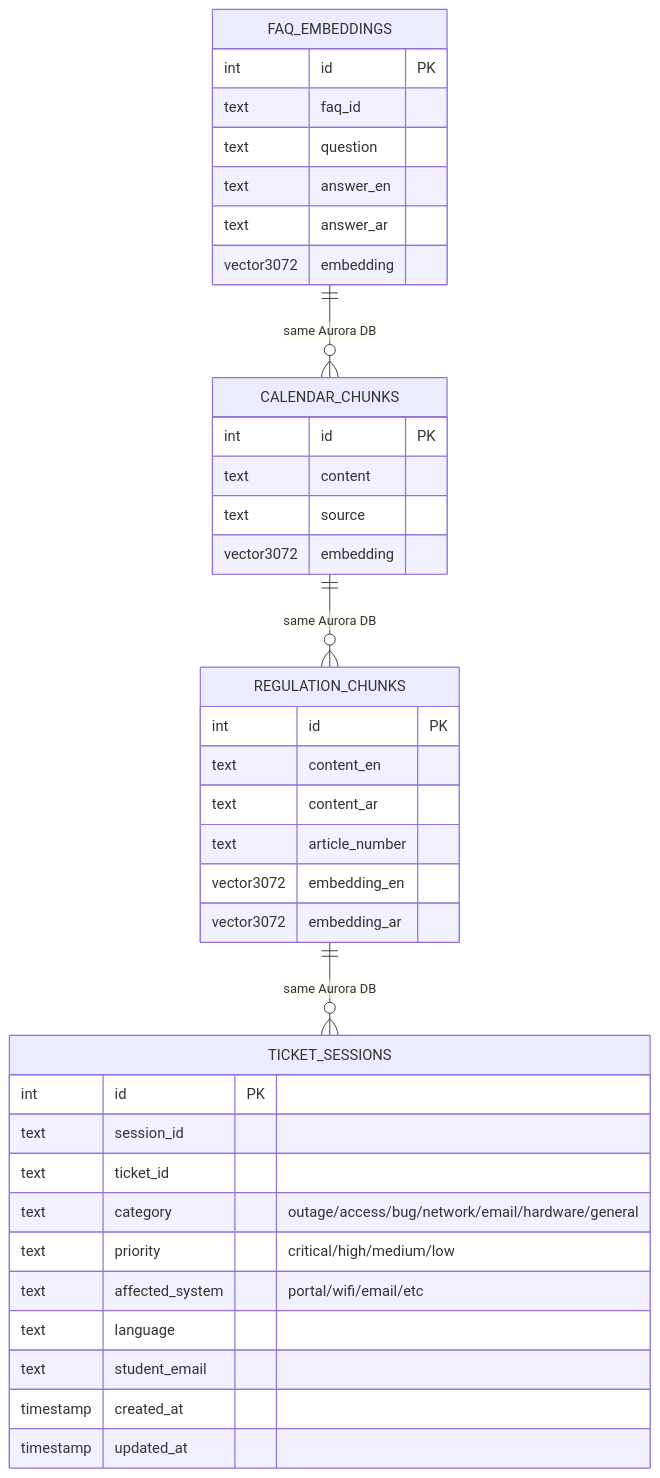
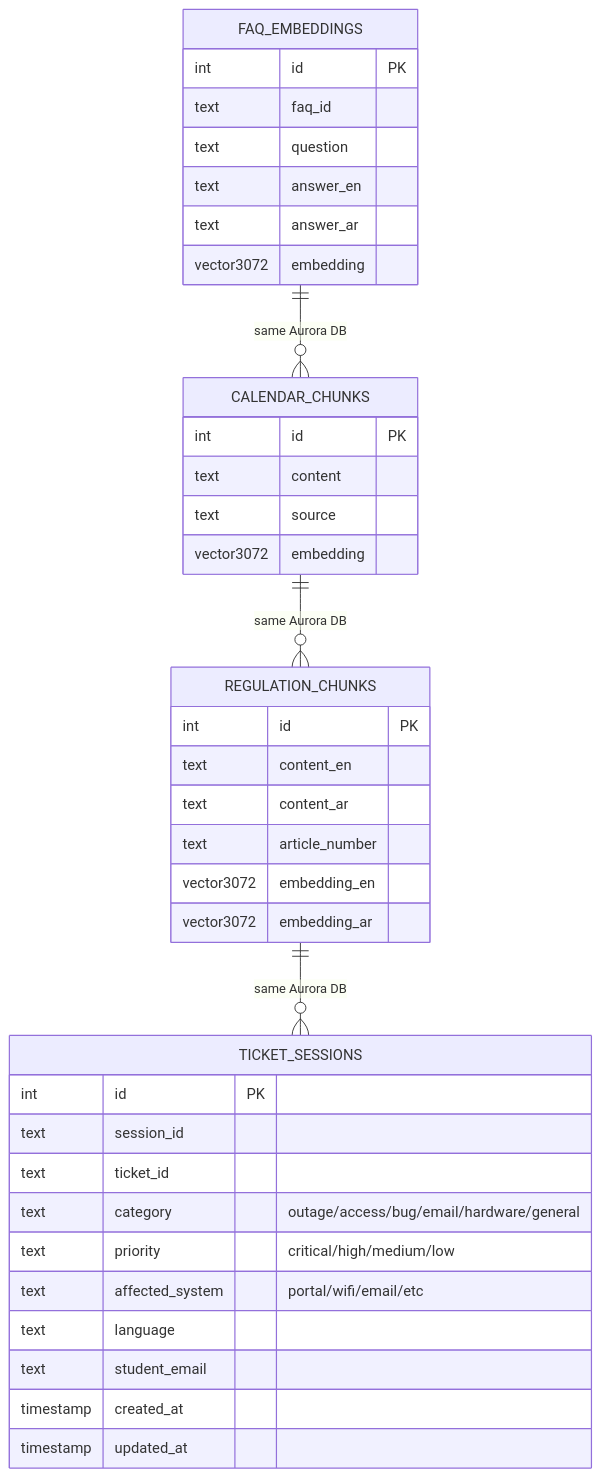
One commit to xAbdullaShaker/Jira-AI changed diagram 11 of 13 in ARCHITECTURE.md. Above: the diagram before and after it, drawn with Mermaid. The commit also changed other lines of this file and 1 other file, not shown here.

First line of the commit message:
Remove network/WiFi from tech support categories

````diff
--- a/ARCHITECTURE.md
+++ b/ARCHITECTURE.md
@@ -337,44 +335,44 @@
 ```mermaid
 erDiagram
     FAQ_EMBEDDINGS {
         int id PK
         text faq_id
         text question
         text answer_en
         text answer_ar
         vector3072 embedding
     }
     
     CALENDAR_CHUNKS {
         int id PK
         text content
         text source
         vector3072 embedding
     }
     
     REGULATION_CHUNKS {
         int id PK
         text content_en
         text content_ar
         text article_number
         vector3072 embedding_en
         vector3072 embedding_ar
     }
     
     TICKET_SESSIONS {
         int id PK
         text session_id
         text ticket_id
-        text category "outage/access/bug/network/email/hardware/general"
+        text category "outage/access/bug/email/hardware/general"
         text priority "critical/high/medium/low"
         text affected_system "portal/wifi/email/etc"
         text language
         text student_email
         timestamp created_at
         timestamp updated_at
     }
 
     FAQ_EMBEDDINGS ||--o{ CALENDAR_CHUNKS : "same Aurora DB"
     CALENDAR_CHUNKS ||--o{ REGULATION_CHUNKS : "same Aurora DB"
     REGULATION_CHUNKS ||--o{ TICKET_SESSIONS : "same Aurora DB"
 ```
````
